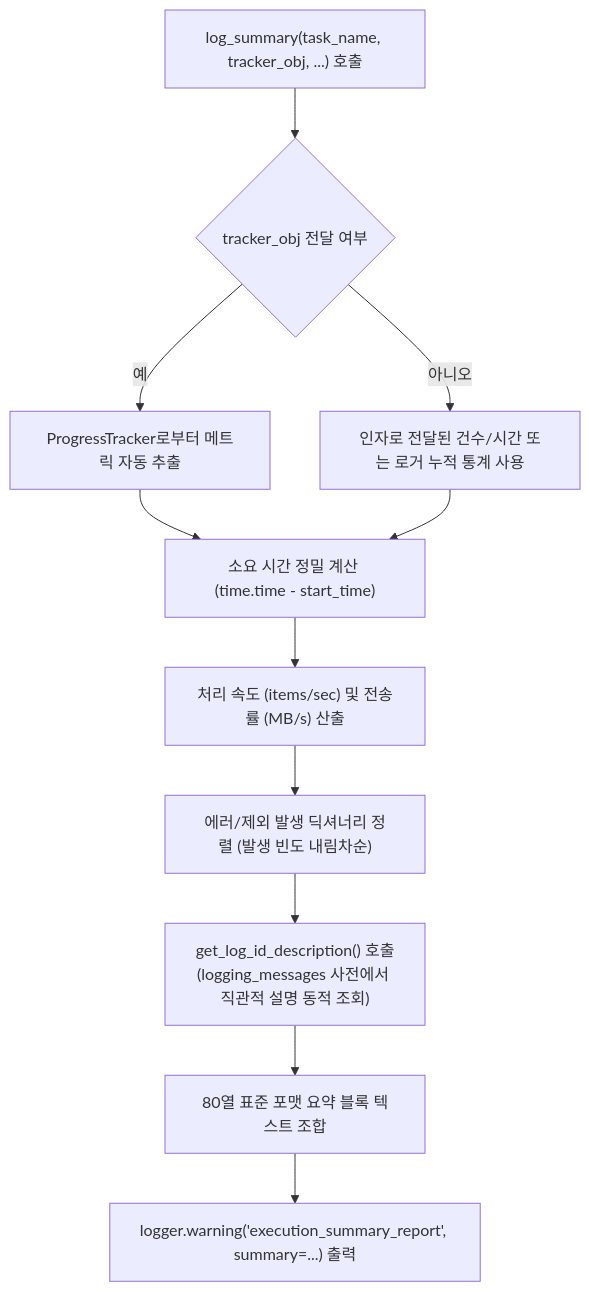
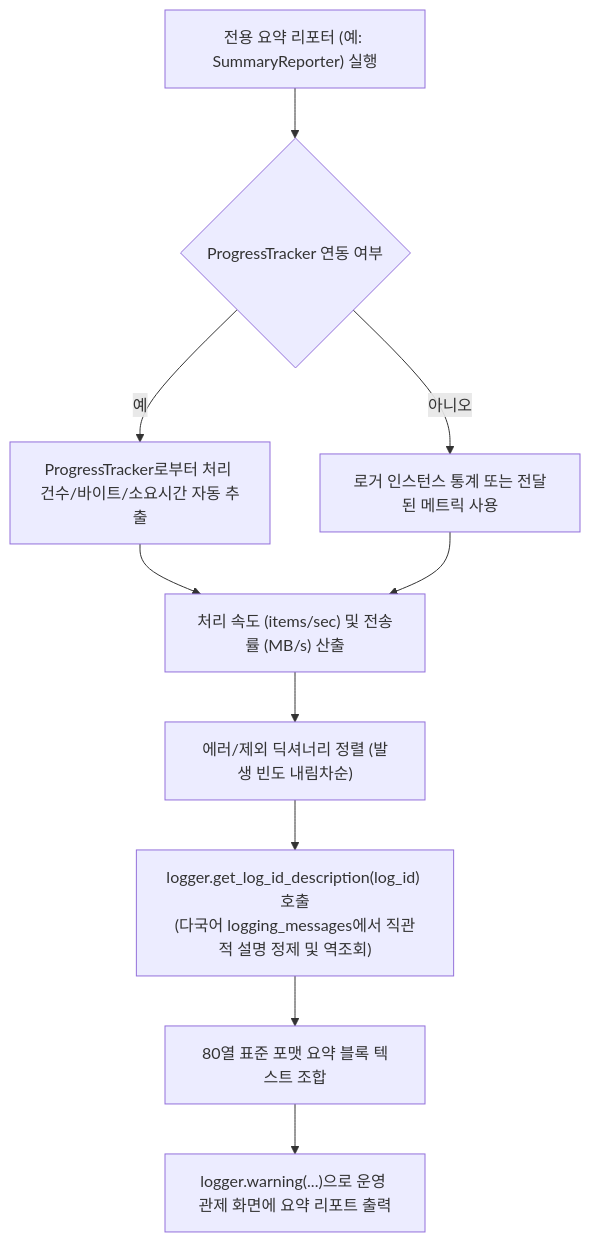
Before and after one commit to kampores/agent_common: the diagram in manual/ko/logger/05_summary_report_generation_ko.md, drawn with Mermaid. The commit also changed other lines of this file and 49 other files, not shown here.

````diff
--- a/manual/ko/logger/05_summary_report_generation_ko.md
+++ b/manual/ko/logger/05_summary_report_generation_ko.md
@@ -26,16 +29,15 @@
 ```mermaid
 flowchart TD
-    A["log_summary(task_name, tracker_obj, ...) 호출"] --> B{"tracker_obj 전달 여부"}
-    B -->|"예"| C["ProgressTracker로부터 메트릭 자동 추출"]
-    B -->|"아니오"| D["인자로 전달된 건수/시간 또는 로거 누적 통계 사용"]
+    A["전용 요약 리포터 (예: SummaryReporter) 실행"] --> B{"ProgressTracker 연동 여부"}
+    B -->|"예"| C["ProgressTracker로부터 처리 건수/바이트/소요시간 자동 추출"]
+    B -->|"아니오"| D["로거 인스턴스 통계 또는 전달된 메트릭 사용"]
     
-    C --> E["소요 시간 정밀 계산 (time.time - start_time)"]
+    C --> E["처리 속도 (items/sec) 및 전송률 (MB/s) 산출"]
     D --> E
-    E --> F["처리 속도 (items/sec) 및 전송률 (MB/s) 산출"]
     
-    F --> G["에러/제외 발생 딕셔너리 정렬 (발생 빈도 내림차순)"]
-    G --> H["get_log_id_description() 호출<br/>(logging_messages 사전에서 직관적 설명 동적 조회)"]
+    E --> F["에러/제외 딕셔너리 정렬 (발생 빈도 내림차순)"]
+    F --> G["logger.get_log_id_description(log_id) 호출<br/>(다국어 logging_messages에서 직관적 설명 정제 및 역조회)"]
     
-    H --> I["80열 표준 포맷 요약 블록 텍스트 조합"]
-    I --> J["logger.warning('execution_summary_report', summary=...) 출력"]
+    G --> H["80열 표준 포맷 요약 블록 텍스트 조합"]
+    H --> I["logger.warning(...)으로 운영 관제 화면에 요약 리포트 출력"]
 ```
````
